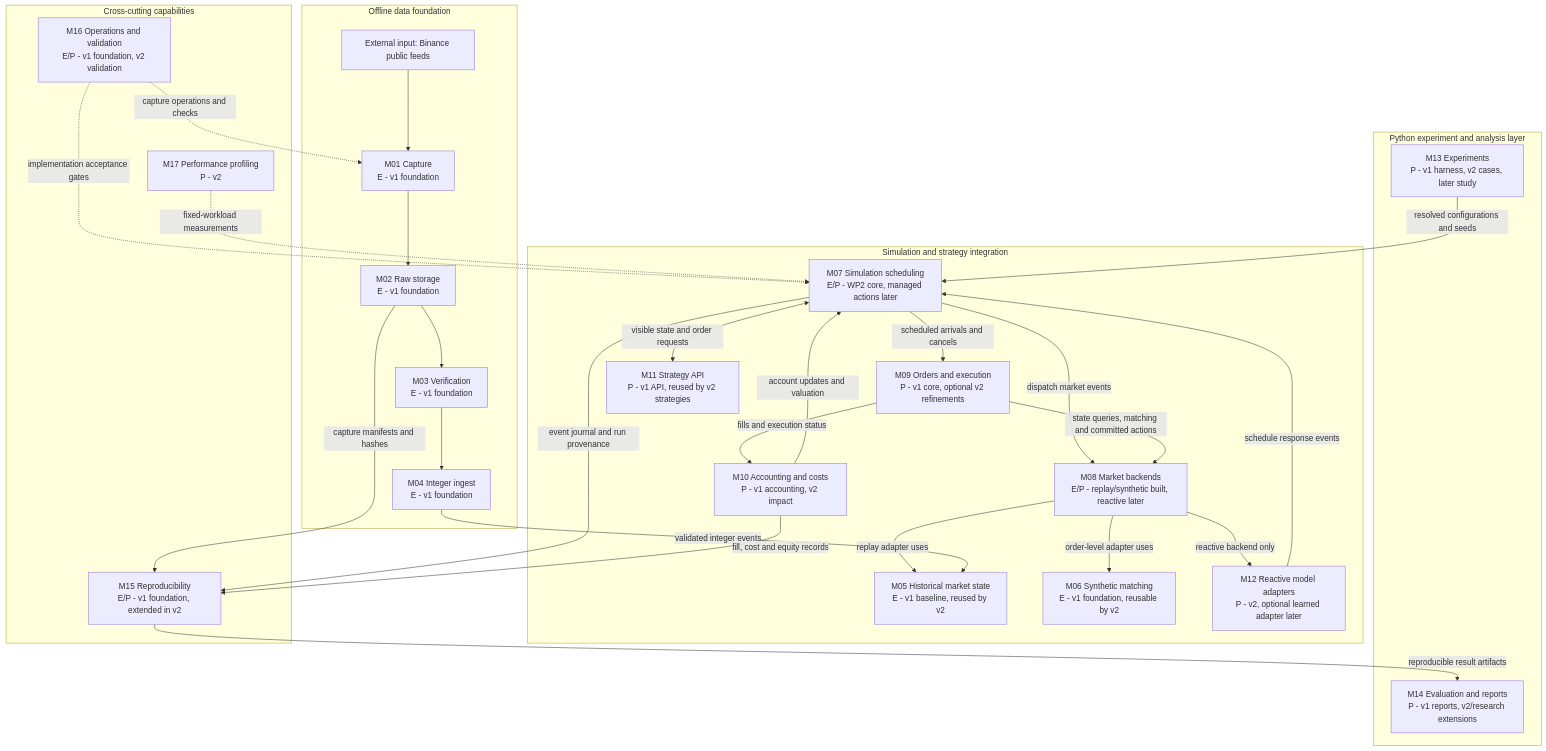
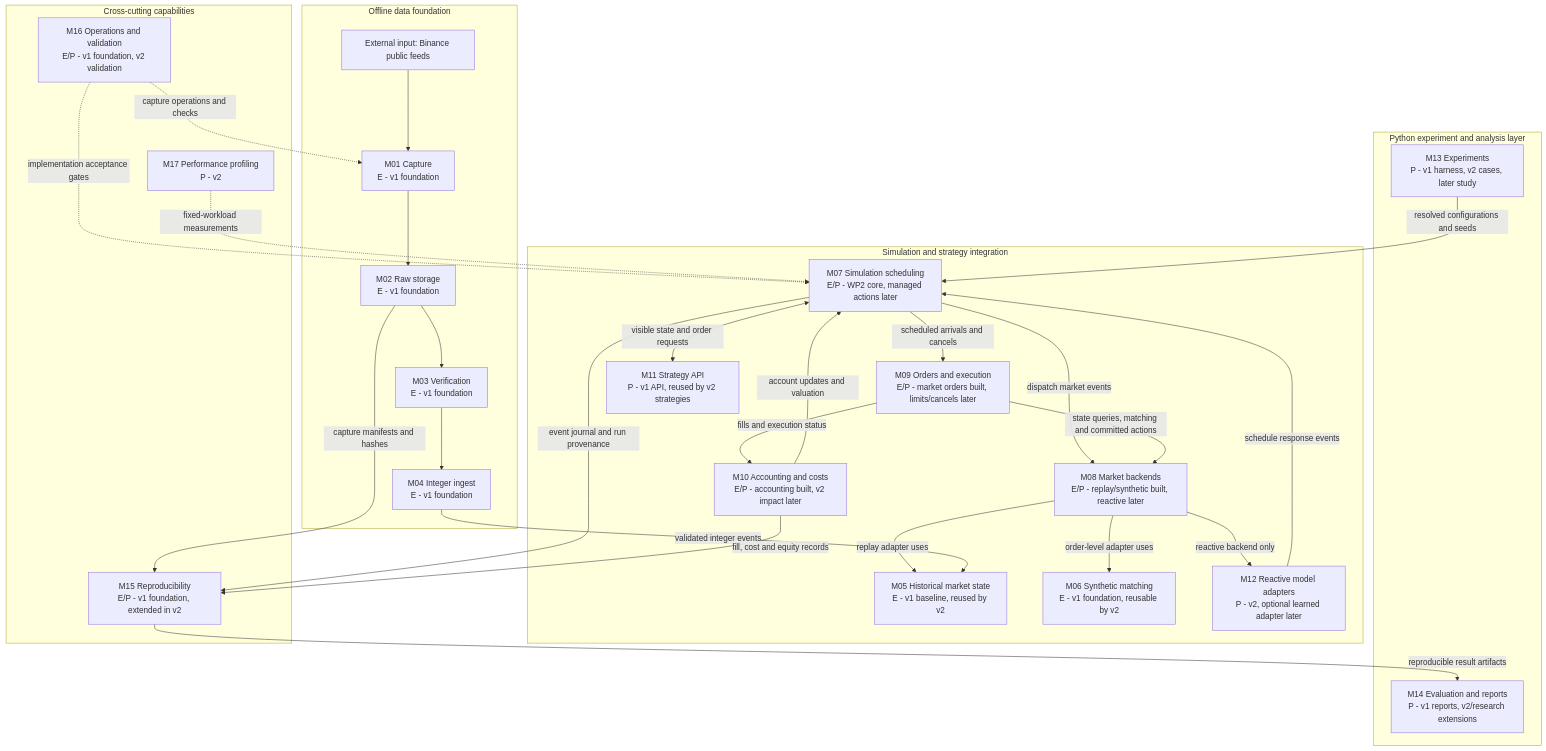
One commit to AKhromin/Counterback changed the first of 7 diagrams in docs/system-design.md. Above: the diagram before and after it, drawn with Mermaid. The commit also changed other lines of this file and 26 other files, not shown here.

Commit message:
implement WP3 historical market orders, liquidity budgets, exact portfolio accounting, fees, valuation, and execution journals

````diff
--- a/docs/system-design.md
+++ b/docs/system-design.md
@@ -67,49 +69,49 @@
 ```mermaid
 flowchart TB
     subgraph data[Offline data foundation]
         binance["External input: Binance public feeds"]
         m01["M01 Capture<br/>E - v1 foundation"]
         m02["M02 Raw storage<br/>E - v1 foundation"]
         m03["M03 Verification<br/>E - v1 foundation"]
         m04["M04 Integer ingest<br/>E - v1 foundation"]
         binance --> m01 --> m02 --> m03 --> m04
     end
     subgraph runtime[Simulation and strategy integration]
         m05["M05 Historical market state<br/>E - v1 baseline, reused by v2"]
         m06["M06 Synthetic matching<br/>E - v1 foundation, reusable by v2"]
         m07["M07 Simulation scheduling<br/>E/P - WP2 core, managed actions later"]
         m08["M08 Market backends<br/>E/P - replay/synthetic built, reactive later"]
-        m09["M09 Orders and execution<br/>P - v1 core, optional v2 refinements"]
-        m10["M10 Accounting and costs<br/>P - v1 accounting, v2 impact"]
+        m09["M09 Orders and execution<br/>E/P - market orders built, limits/cancels later"]
+        m10["M10 Accounting and costs<br/>E/P - accounting built, v2 impact later"]
         m11["M11 Strategy API<br/>P - v1 API, reused by v2 strategies"]
         m12["M12 Reactive model adapters<br/>P - v2, optional learned adapter later"]
         m07 -->|dispatch market events| m08
         m08 -->|replay adapter uses| m05
         m08 -->|order-level adapter uses| m06
         m07 <-->|visible state and order requests| m11
         m07 -->|scheduled arrivals and cancels| m09
         m09 -->|state queries, matching and committed actions| m08
         m09 -->|fills and execution status| m10
         m10 -->|account updates and valuation| m07
         m08 -->|reactive backend only| m12
         m12 -->|schedule response events| m07
     end
     subgraph research[Python experiment and analysis layer]
         m13["M13 Experiments<br/>P - v1 harness, v2 cases, later study"]
         m14["M14 Evaluation and reports<br/>P - v1 reports, v2/research extensions"]
     end
     subgraph support[Cross-cutting capabilities]
         m15["M15 Reproducibility<br/>E/P - v1 foundation, extended in v2"]
         m16["M16 Operations and validation<br/>E/P - v1 foundation, v2 validation"]
         m17["M17 Performance profiling<br/>P - v2"]
     end
     m04 -->|validated integer events| m05
     m13 -->|resolved configurations and seeds| m07
     m07 -->|event journal and run provenance| m15
     m10 -->|fill, cost and equity records| m15
     m02 -->|capture manifests and hashes| m15
     m15 -->|reproducible result artifacts| m14
     m16 -.->|capture operations and checks| m01
     m16 -.->|implementation acceptance gates| m07
     m17 -.->|fixed-workload measurements| m07
 ```
````
